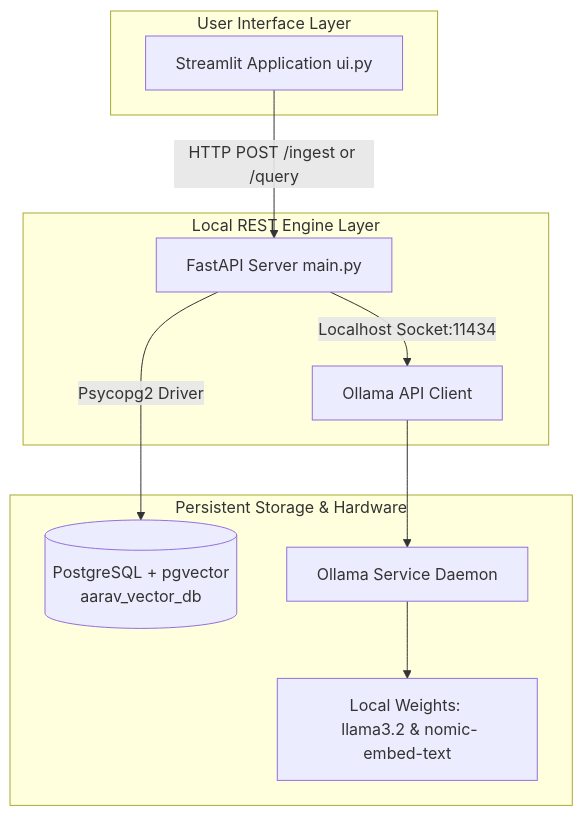
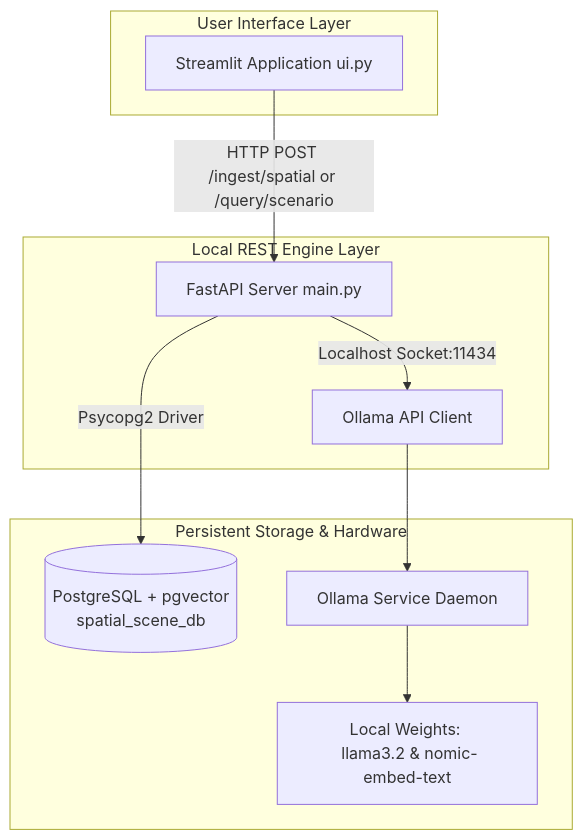
The first of 3 diagrams in README.md (ayadav348/ai_embedding), drawn with Mermaid before and after one commit. The commit also changed other lines of this file and 1 other file, not shown here.

First line of the commit message:
Pivot project to Local 3D Scene Discovery & Volumetric Object Retrieval Engine

````diff
--- a/README.md
+++ b/README.md
@@ -89,23 +93,24 @@
 ```mermaid
 graph TD
     subgraph Frontend [User Interface Layer]
         UI[Streamlit Application ui.py]
     end
 
     subgraph Backend [Local REST Engine Layer]
         API[FastAPI Server main.py]
         Ollama[Ollama API Client]
     end
 
     subgraph Infrastructure [Persistent Storage & Hardware]
-        DB[(PostgreSQL + pgvector <br> aarav_vector_db)]
+        DB[(PostgreSQL + pgvector <br> spatial_scene_db)]
         Daemon[Ollama Service Daemon]
         Models[Local Weights: <br> llama3.2 & nomic-embed-text]
     end
 
-    UI -- HTTP POST /ingest or /query --> API
+    UI -- HTTP POST /ingest/spatial or /query/scenario --> API
     API -- Psycopg2 Driver --> DB
     API -- Localhost Socket:11434 --> Ollama
     Ollama --> Daemon
     Daemon --> Models
+
 ```
````
